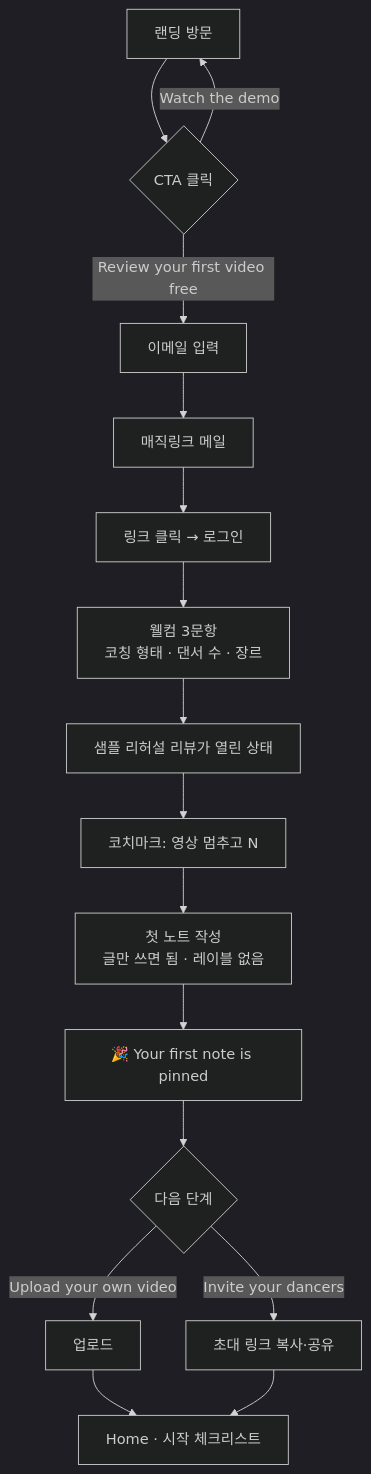
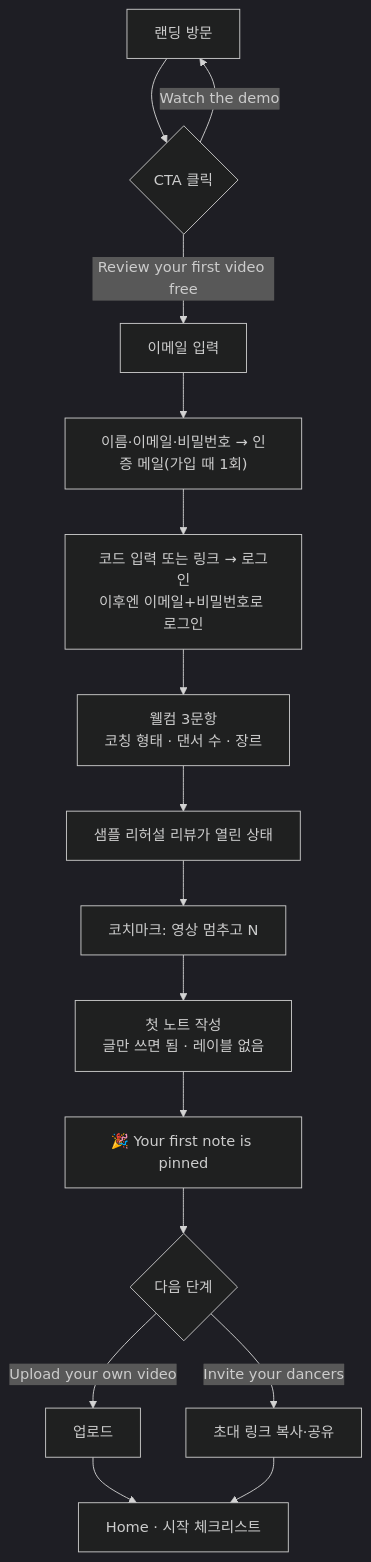
The first of 10 diagrams in docs/04-user-flows.md (hope13710/dancerly), drawn with Mermaid (dark theme) before and after one commit. The commit also changed 7 other files, not shown here.

````diff
--- a/docs/04-user-flows.md
+++ b/docs/04-user-flows.md
@@ -26,18 +26,18 @@
 ```mermaid
 flowchart TD
   A[랜딩 방문] --> B{CTA 클릭}
   B -->|Review your first video free| C[이메일 입력]
   B -->|Watch the demo| A
-  C --> D[매직링크 메일]
-  D --> E[링크 클릭 → 로그인]
+  C --> D["이름·이메일·비밀번호 → 인증 메일(가입 때 1회)"]
+  D --> E["코드 입력 또는 링크 → 로그인<br/>이후엔 이메일+비밀번호로 로그인"]
   E --> F[웰컴 3문항<br/>코칭 형태 · 댄서 수 · 장르]
   F --> G[샘플 리허설 리뷰가 열린 상태]
   G --> H[코치마크: 영상 멈추고 N]
   H --> I[첫 노트 작성<br/>글만 쓰면 됨 · 레이블 없음]
   I --> J[🎉 Your first note is pinned]
   J --> K{다음 단계}
   K -->|Upload your own video| L[업로드]
   K -->|Invite your dancers| M[초대 링크 복사·공유]
   L --> N[Home · 시작 체크리스트]
   M --> N
 ```
````
